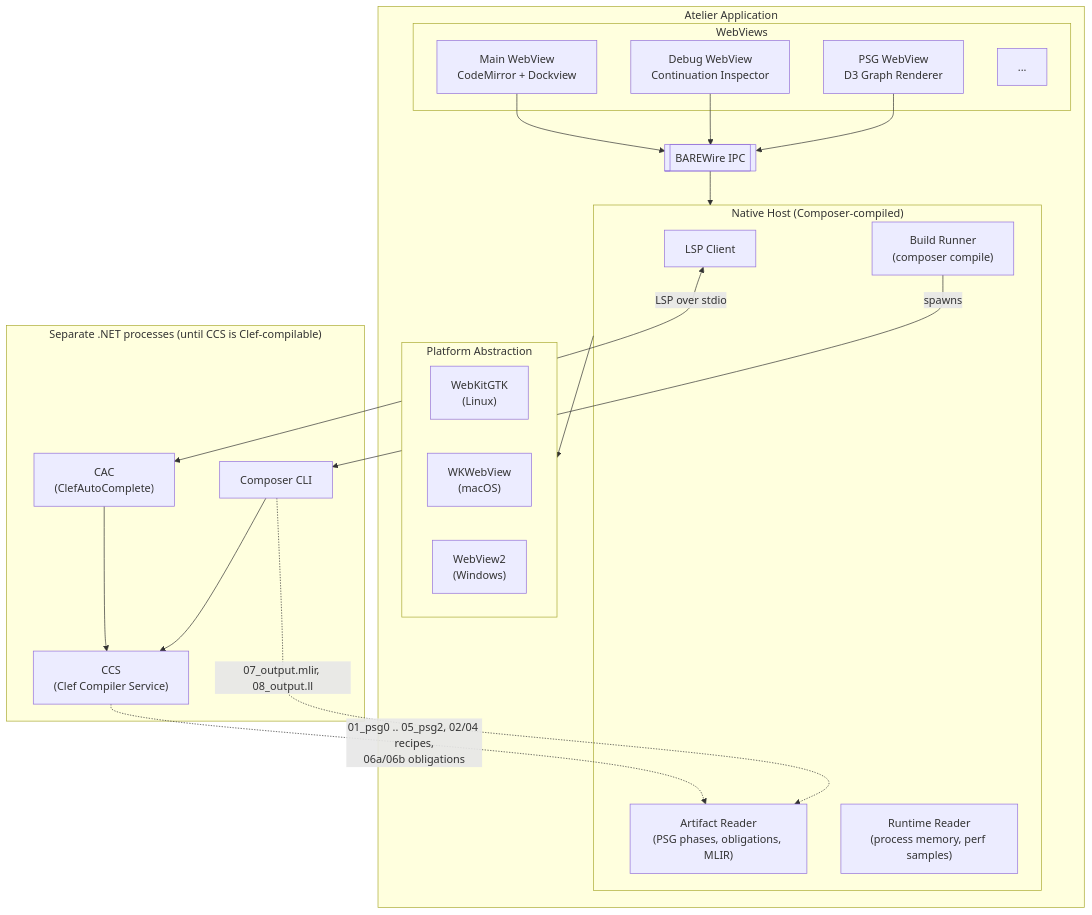
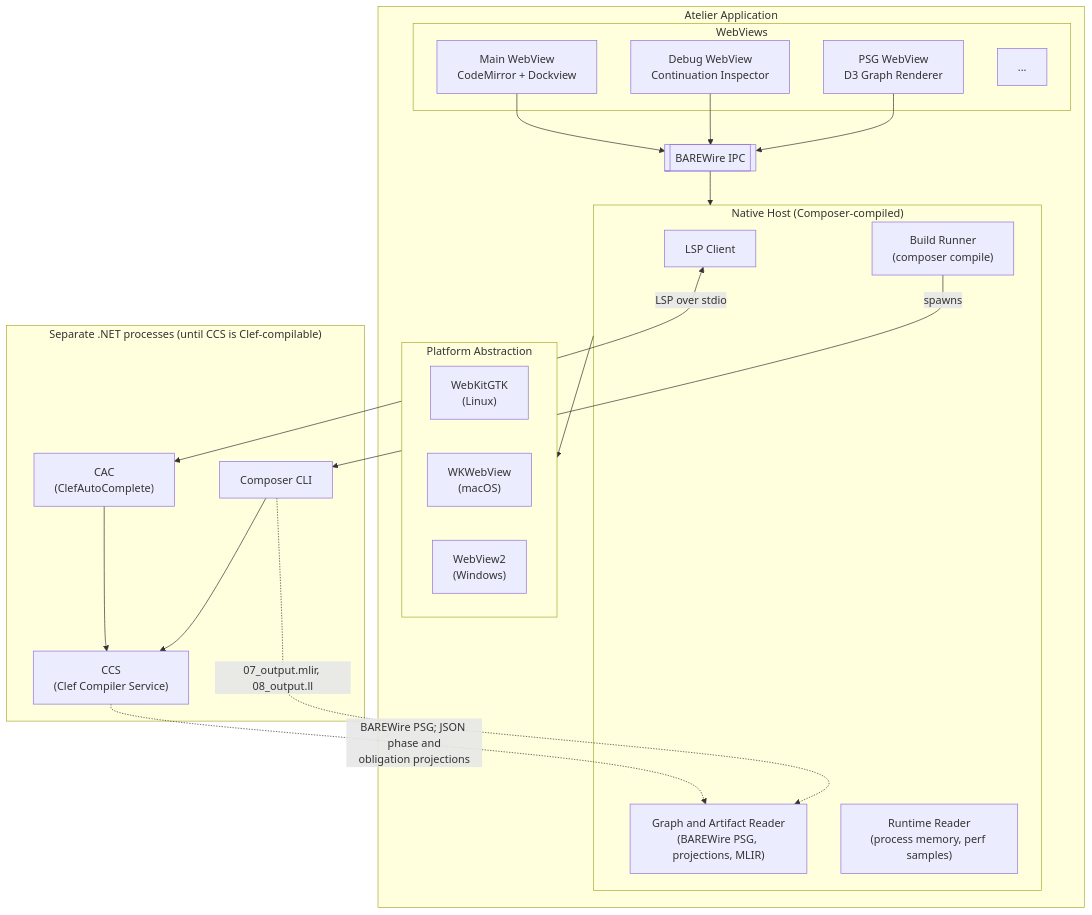
The diagram in README.md (FidelityFramework/Atelier), drawn with Mermaid before and after one commit. The commit also changed other lines of this file and 10 other files, not shown here.

````diff
--- a/README.md
+++ b/README.md
@@ -36,42 +36,42 @@
 ```mermaid
 flowchart TB
     subgraph app["Atelier Application"]
         subgraph webviews["WebViews"]
             main["Main WebView<br/>CodeMirror + Dockview"]
             debug["Debug WebView<br/>Continuation Inspector"]
             psg["PSG WebView<br/>D3 Graph Renderer"]
             more["..."]
         end
 
         ipc[["BAREWire IPC"]]
 
         subgraph core["Native Host (Composer-compiled)"]
             lsp["LSP Client"]
-            reader["Artifact Reader<br/>(PSG phases, obligations, MLIR)"]
+            reader["Graph and Artifact Reader<br/>(BAREWire PSG, projections, MLIR)"]
             runner["Build Runner<br/>(composer compile)"]
             runtime["Runtime Reader<br/>(process memory, perf samples)"]
         end
 
         subgraph platform["Platform Abstraction"]
             linux["WebKitGTK<br/>(Linux)"]
             macos["WKWebView<br/>(macOS)"]
             windows["WebView2<br/>(Windows)"]
         end
     end
 
     subgraph dotnet["Separate .NET processes (until CCS is Clef-compilable)"]
         cac["CAC<br/>(ClefAutoComplete)"]
         composer["Composer CLI"]
         ccs["CCS<br/>(Clef Compiler Service)"]
     end
 
     main & debug & psg --> ipc
     ipc --> core
     core --> platform
     lsp <-->|"LSP over stdio"| cac
     runner -->|"spawns"| composer
     cac --> ccs
     composer --> ccs
-    ccs -.->|"01_psg0 .. 05_psg2, 02/04 recipes,<br/>06a/06b obligations"| reader
+    ccs -.->|"BAREWire PSG; JSON phase and<br/>obligation projections"| reader
     composer -.->|"07_output.mlir, 08_output.ll"| reader
 ```
````
